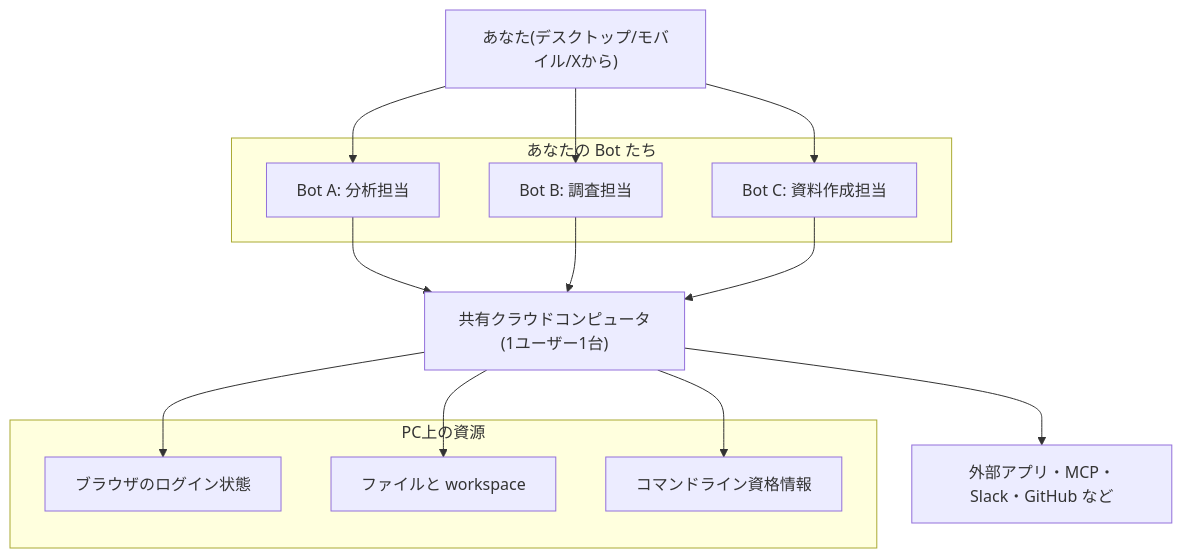
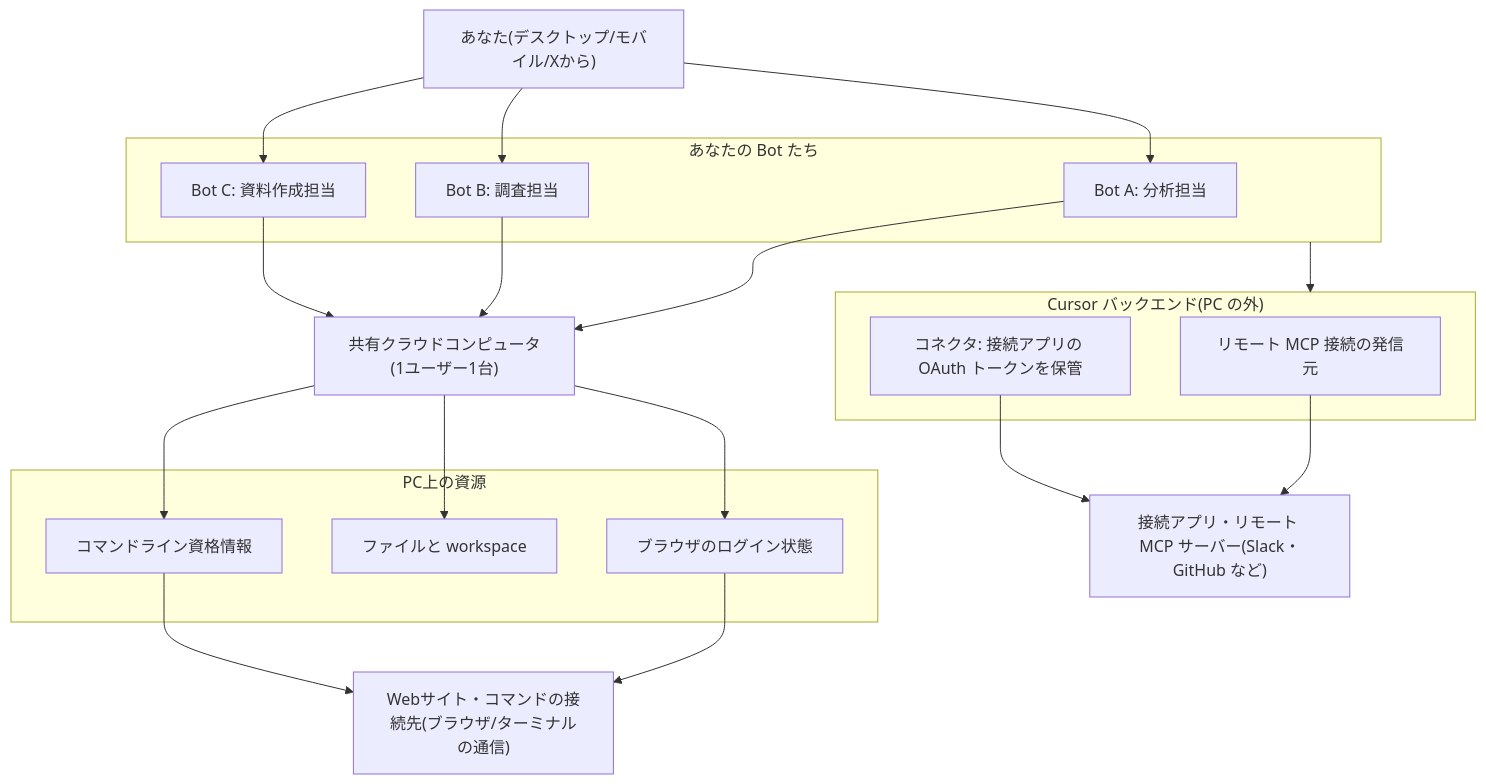
One commit to myoshi2891/Comparison-of-LLMs changed the first of 11 diagrams in Xai-grok-bot-guide.md. Above: the diagram before and after it, drawn with Mermaid. The commit also changed other lines of this file and 4 other files, not shown here.

First line of the commit message:
docs: fix Duet credential wording, dots Auto-review metrics, Grok Bot plans/Skills/diagram, Antigravity Plan Mode

````diff
--- a/Xai-grok-bot-guide.md
+++ b/Xai-grok-bot-guide.md
@@ -100,26 +100,35 @@
 ```mermaid
 flowchart TB
     U["あなた(デスクトップ/モバイル/Xから)"]
     subgraph BOTS["あなたの Bot たち"]
         B1["Bot A: 分析担当"]
         B2["Bot B: 調査担当"]
         B3["Bot C: 資料作成担当"]
     end
     PC["共有クラウドコンピュータ(1ユーザー1台)"]
     subgraph RES["PC上の資源"]
         BR["ブラウザのログイン状態"]
         FS["ファイルと workspace"]
         CLI["コマンドライン資格情報"]
     end
-    APP["外部アプリ・MCP・Slack・GitHub など"]
+    WEB["Webサイト・コマンドの接続先(ブラウザ/ターミナルの通信)"]
+    subgraph BE["Cursor バックエンド(PC の外)"]
+        MCP["リモート MCP 接続の発信元"]
+        CON["コネクタ: 接続アプリの OAuth トークンを保管"]
+    end
+    APP["接続アプリ・リモート MCP サーバー(Slack・GitHub など)"]
     U --> B1
     U --> B2
     U --> B3
     B1 --> PC
     B2 --> PC
     B3 --> PC
     PC --> BR
     PC --> FS
     PC --> CLI
-    PC --> APP
+    BR --> WEB
+    CLI --> WEB
+    BOTS --> BE
+    MCP --> APP
+    CON --> APP
 ```
````
